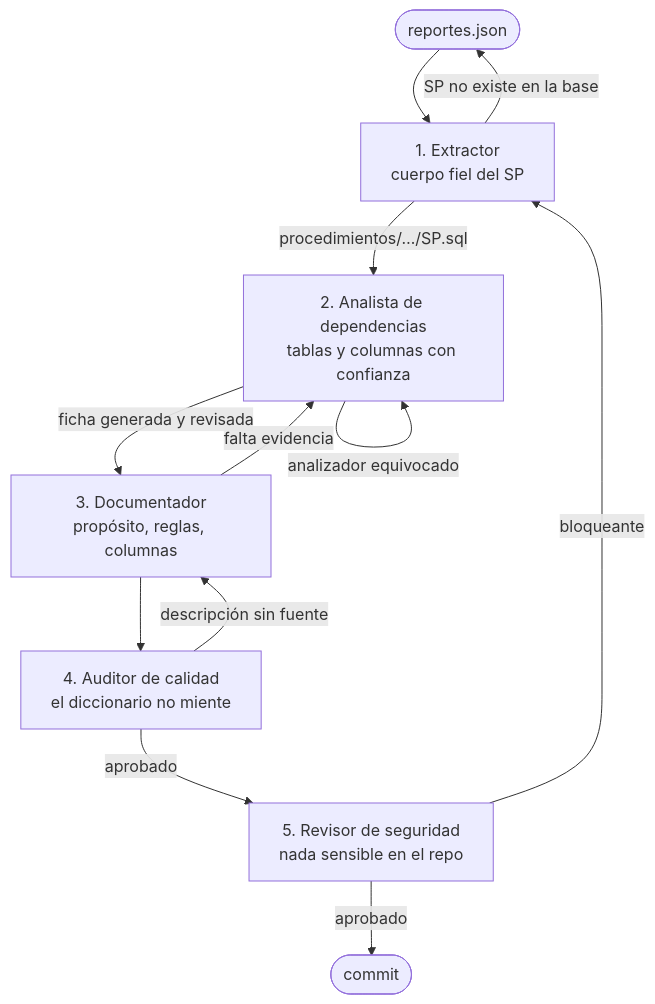
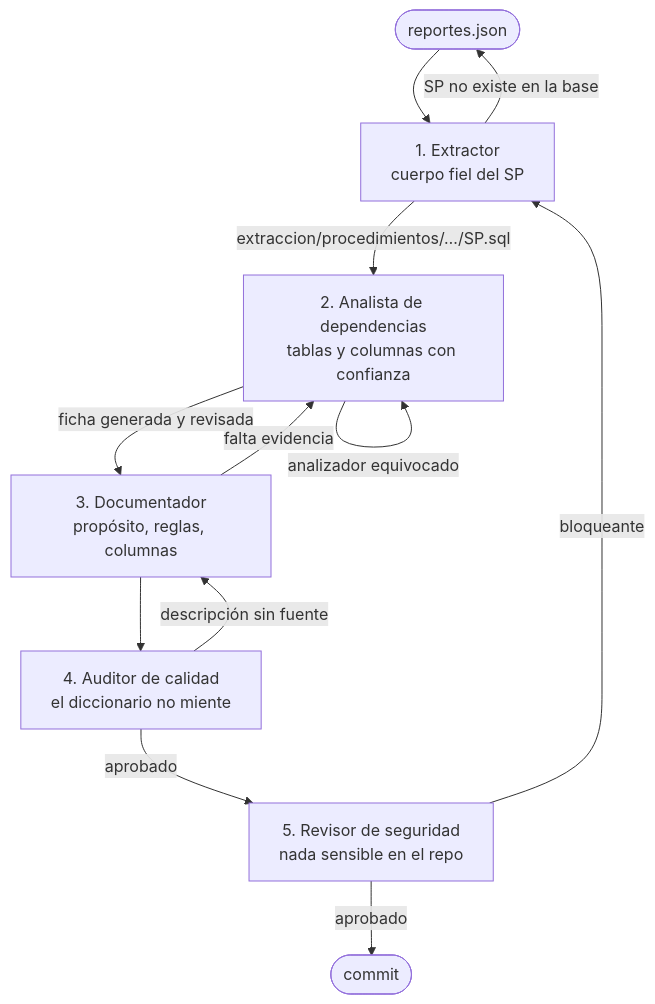
One commit to diegosullcaray/DICCIONARIO changed the diagram in governance/agents/README.md. Above: the diagram before and after it, drawn with Mermaid. The commit also changed other lines of this file and 1734 other files, not shown here.

````diff
--- a/governance/agents/README.md
+++ b/governance/agents/README.md
@@ -6,14 +6,14 @@
 ```mermaid
 graph TD
   Cat([reportes.json]) --> A1[1. Extractor<br/>cuerpo fiel del SP]
   A1 -->|SP no existe en la base| Cat
-  A1 -->|procedimientos/…/SP.sql| A2[2. Analista de dependencias<br/>tablas y columnas con confianza]
+  A1 -->|extraccion/procedimientos/…/SP.sql| A2[2. Analista de dependencias<br/>tablas y columnas con confianza]
   A2 -->|analizador equivocado| A2
   A2 -->|ficha generada y revisada| A3[3. Documentador<br/>propósito, reglas, columnas]
   A3 -->|falta evidencia| A2
   A3 --> A4[4. Auditor de calidad<br/>el diccionario no miente]
   A4 -->|descripción sin fuente| A3
   A4 -->|aprobado| A5[5. Revisor de seguridad<br/>nada sensible en el repo]
   A5 -->|bloqueante| A1
   A5 -->|aprobado| Fin([commit])
 ```
````
